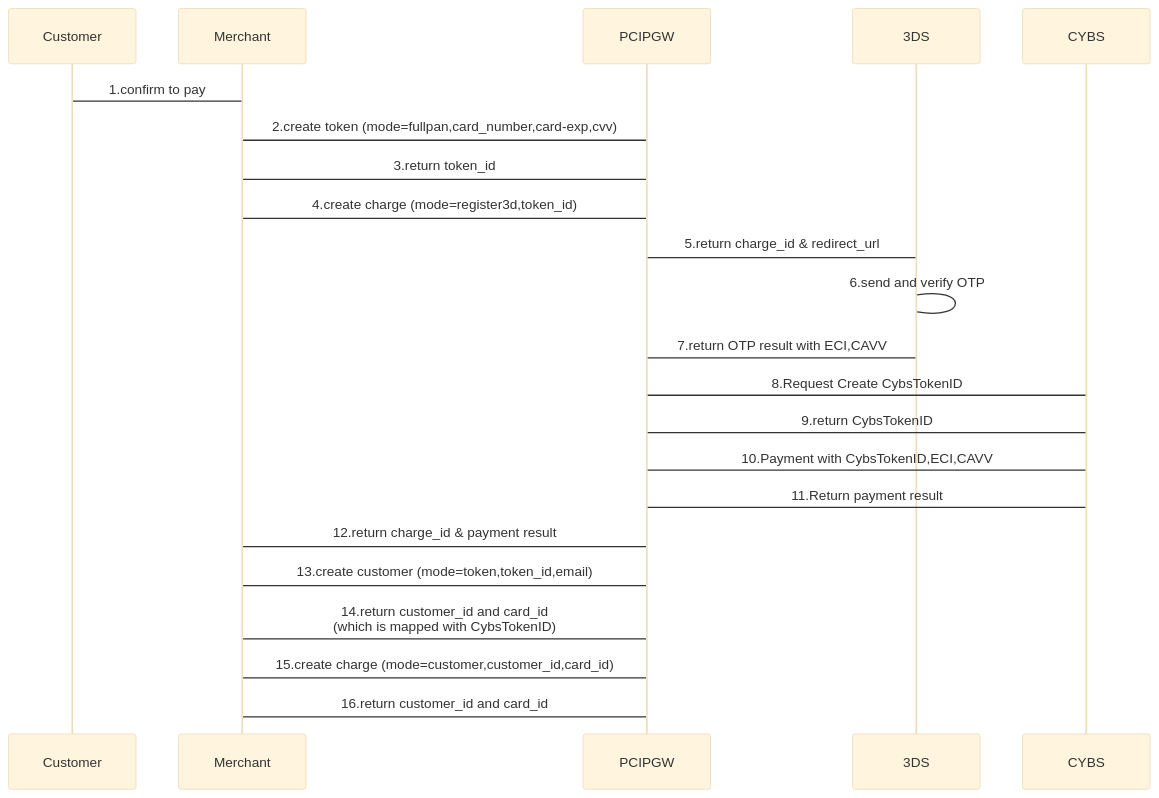
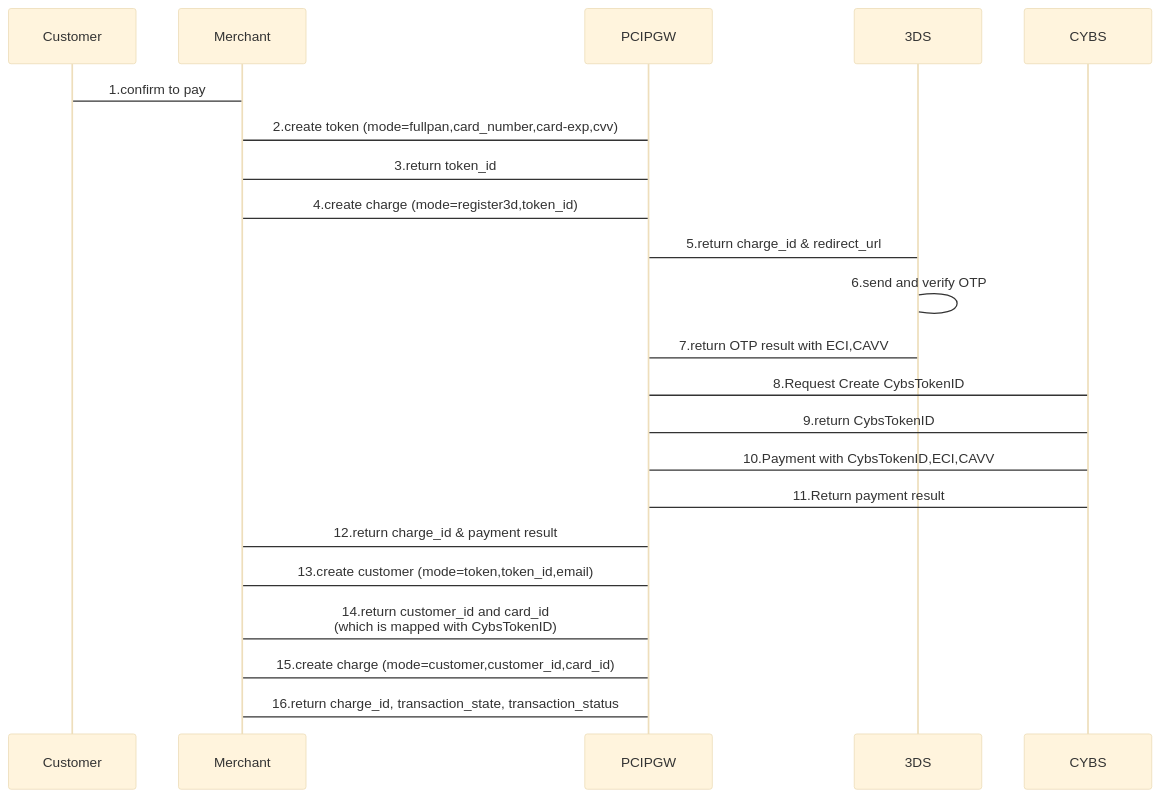
One commit to yuusuke25/MyNotes changed the fourth of 6 diagrams in Cybs-Ph2-Flow1.md. Above: the diagram before and after it, drawn with Mermaid (base theme). The commit also changed other lines of this file, not shown here.

````diff
--- a/Cybs-Ph2-Flow1.md
+++ b/Cybs-Ph2-Flow1.md
@@ -68,21 +68,21 @@
 ```mermaid
     sequenceDiagram
         Customer->Merchant:1.confirm to pay
         Merchant->PCIPGW:2.create token (mode=fullpan,card_number,card-exp,cvv)
         PCIPGW->Merchant:3.return token_id
         Merchant->PCIPGW:4.create charge (mode=register3d,token_id)
         PCIPGW->3DS:5.return charge_id & redirect_url
         3DS->3DS:6.send and verify OTP
         3DS->PCIPGW:7.return OTP result with ECI,CAVV
         PCIPGW->CYBS:8.Request Create CybsTokenID
         CYBS->PCIPGW:9.return CybsTokenID
         PCIPGW->CYBS:10.Payment with CybsTokenID,ECI,CAVV
         CYBS->PCIPGW:11.Return payment result
         PCIPGW->Merchant:12.return charge_id & payment result
 
         Merchant->PCIPGW:13.create customer (mode=token,token_id,email)
         PCIPGW->Merchant:14.return customer_id and card_id <br>(which is mapped with CybsTokenID)
 
         Merchant->PCIPGW:15.create charge (mode=customer,customer_id,card_id)
-        PCIPGW->Merchant:16.return customer_id and card_id
+        PCIPGW->Merchant:16.return charge_id, transaction_state, transaction_status
 ```
````
